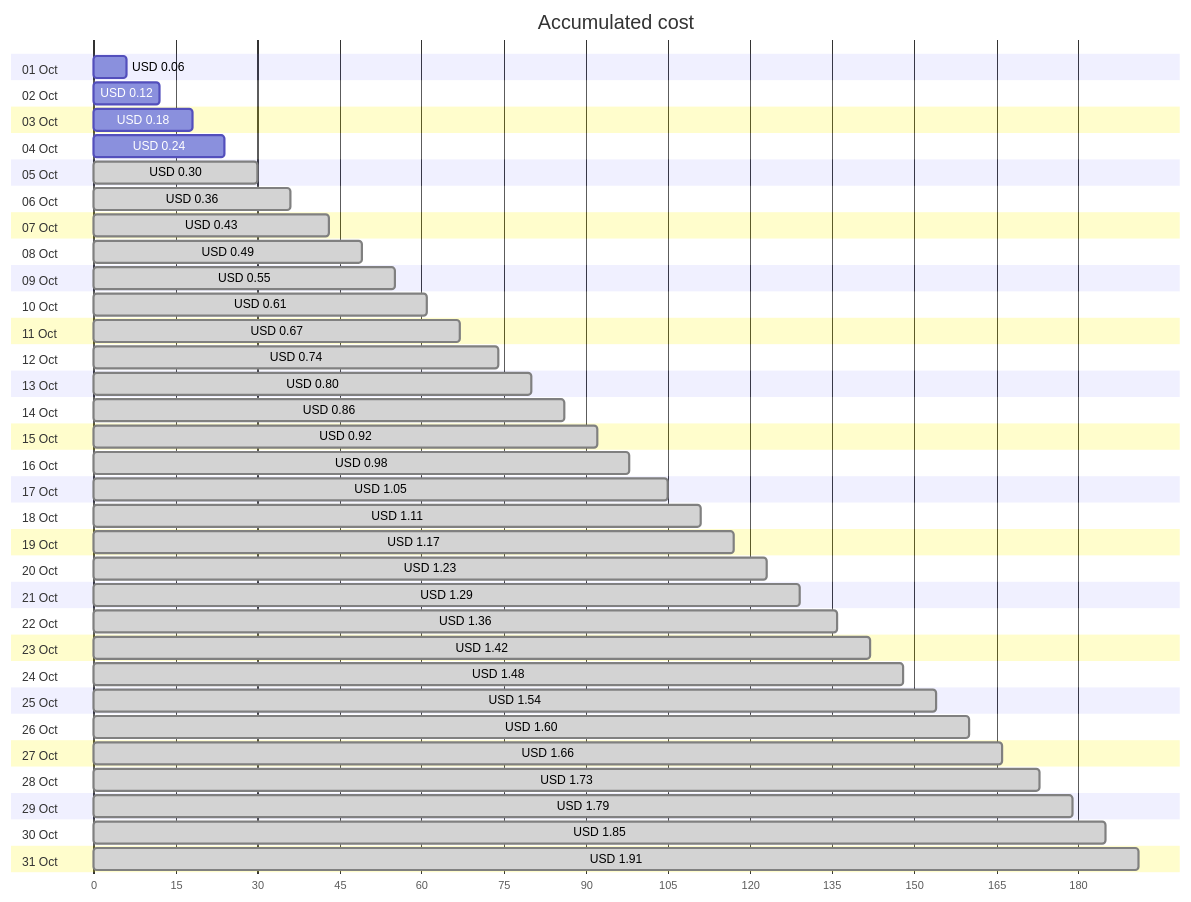
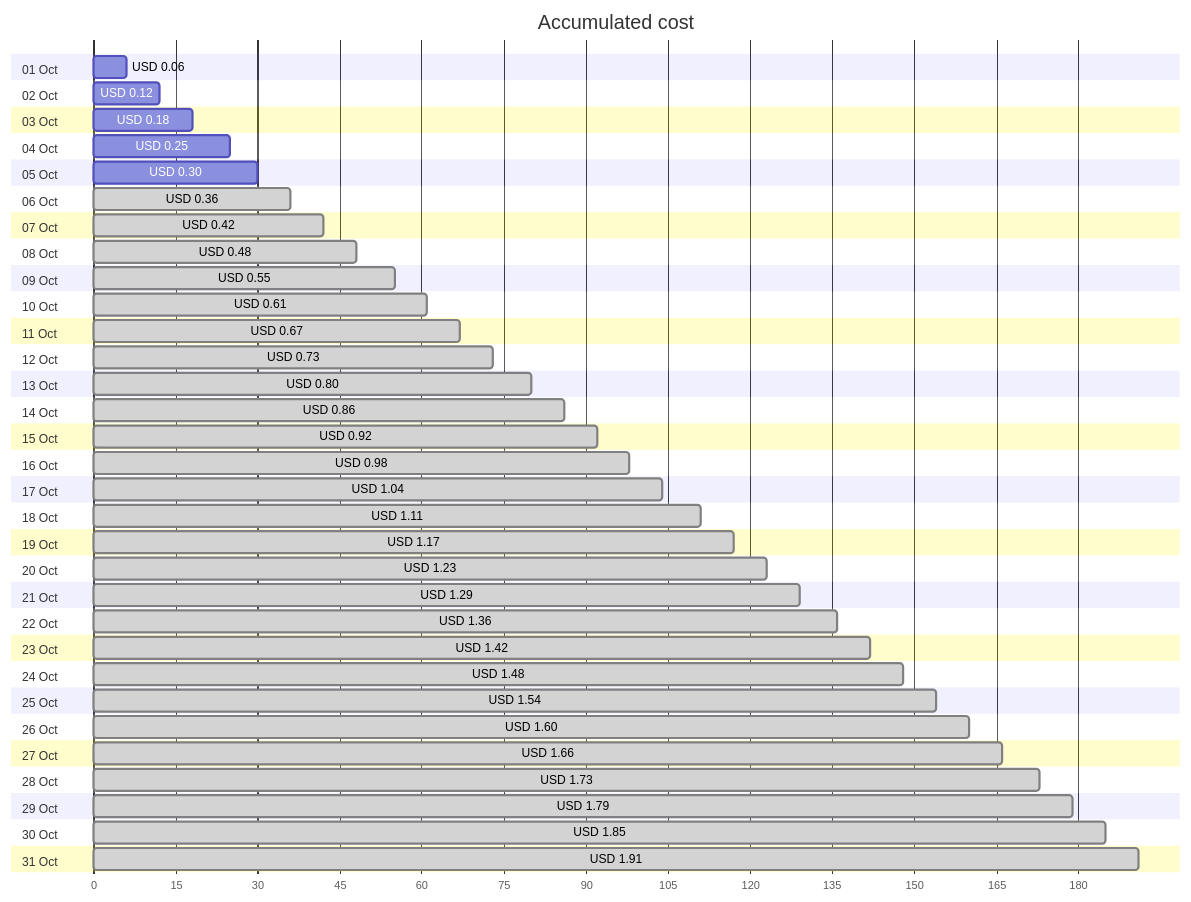
The first of 4 diagrams in cost-reports/personal-network/backup-server_OsDisk.md (jpfulton/azure-personal-reports), drawn with Mermaid before and after one commit. The commit also changed other lines of this file and 8 other files, not shown here.

````diff
--- a/cost-reports/personal-network/backup-server_OsDisk.md
+++ b/cost-reports/personal-network/backup-server_OsDisk.md
@@ -20,68 +20,68 @@
 ```mermaid
 gantt
    title Accumulated cost
    dateFormat  X
    axisFormat %s
    section 01 Oct
    USD 0.06 :0, 6
    section 02 Oct
    USD 0.12 :0, 12
    section 03 Oct
    USD 0.18 :0, 18
    section 04 Oct
-   USD 0.24 :0, 24
+   USD 0.25 :0, 25
    section 05 Oct
-   USD 0.30 : done, 0, 30
+   USD 0.30 :0, 30
    section 06 Oct
    USD 0.36 : done, 0, 36
    section 07 Oct
-   USD 0.43 : done, 0, 43
+   USD 0.42 : done, 0, 42
    section 08 Oct
-   USD 0.49 : done, 0, 49
+   USD 0.48 : done, 0, 48
    section 09 Oct
    USD 0.55 : done, 0, 55
    section 10 Oct
    USD 0.61 : done, 0, 61
    section 11 Oct
    USD 0.67 : done, 0, 67
    section 12 Oct
-   USD 0.74 : done, 0, 74
+   USD 0.73 : done, 0, 73
    section 13 Oct
    USD 0.80 : done, 0, 80
    section 14 Oct
    USD 0.86 : done, 0, 86
    section 15 Oct
    USD 0.92 : done, 0, 92
    section 16 Oct
    USD 0.98 : done, 0, 98
    section 17 Oct
-   USD 1.05 : done, 0, 105
+   USD 1.04 : done, 0, 104
    section 18 Oct
    USD 1.11 : done, 0, 111
    section 19 Oct
    USD 1.17 : done, 0, 117
    section 20 Oct
    USD 1.23 : done, 0, 123
    section 21 Oct
    USD 1.29 : done, 0, 129
    section 22 Oct
    USD 1.36 : done, 0, 136
    section 23 Oct
    USD 1.42 : done, 0, 142
    section 24 Oct
    USD 1.48 : done, 0, 148
    section 25 Oct
    USD 1.54 : done, 0, 154
    section 26 Oct
    USD 1.60 : done, 0, 160
    section 27 Oct
    USD 1.66 : done, 0, 166
    section 28 Oct
    USD 1.73 : done, 0, 173
    section 29 Oct
    USD 1.79 : done, 0, 179
    section 30 Oct
    USD 1.85 : done, 0, 185
    section 31 Oct
    USD 1.91 : done, 0, 191
 ```
````
